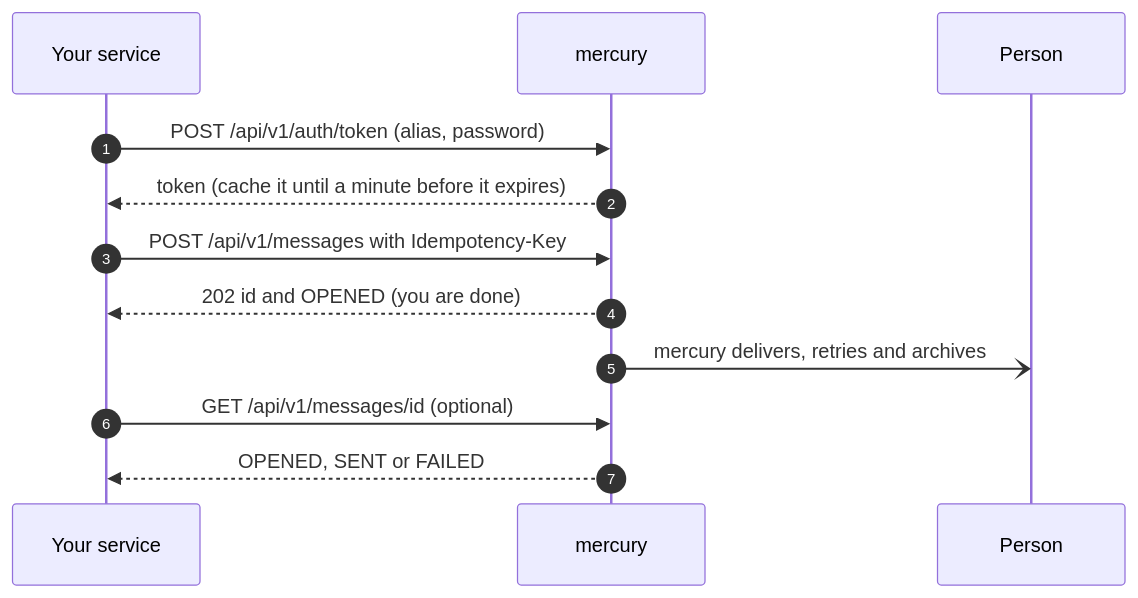
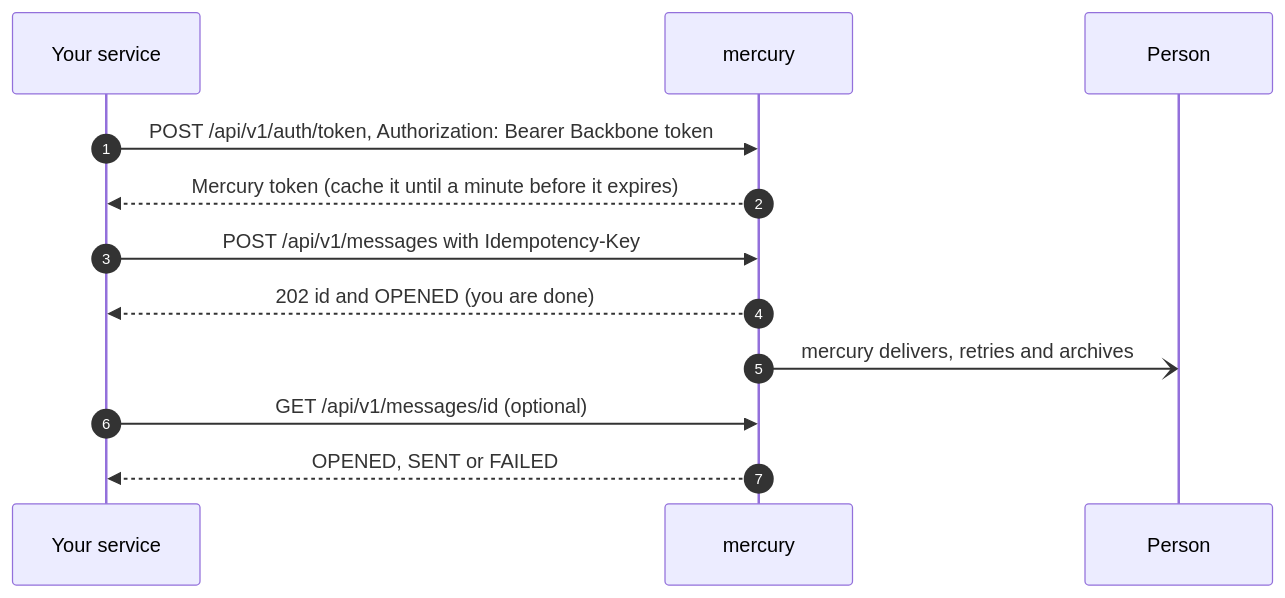
Before and after one commit to um-dev-creative/mercury: the diagram in docs/user-guide/en/unified-message-ingress.md, drawn with Mermaid. The commit also changed other lines of this file and 75 other files, not shown here.

First line of the commit message:
feat(auth): applications get Mercury's M2M token with their Backbone M2M token

````diff
--- a/docs/user-guide/en/unified-message-ingress.md
+++ b/docs/user-guide/en/unified-message-ingress.md
@@ -11,14 +11,14 @@
 ```mermaid
 sequenceDiagram
     autonumber
     participant S as Your service
     participant M as mercury
     participant P as Person
-    S->>M: POST /api/v1/auth/token (alias, password)
-    M-->>S: token (cache it until a minute before it expires)
+    S->>M: POST /api/v1/auth/token, Authorization: Bearer Backbone token
+    M-->>S: Mercury token (cache it until a minute before it expires)
     S->>M: POST /api/v1/messages with Idempotency-Key
     M-->>S: 202 id and OPENED (you are done)
     M-)P: mercury delivers, retries and archives
     S->>M: GET /api/v1/messages/id (optional)
     M-->>S: OPENED, SENT or FAILED
 ```
````
